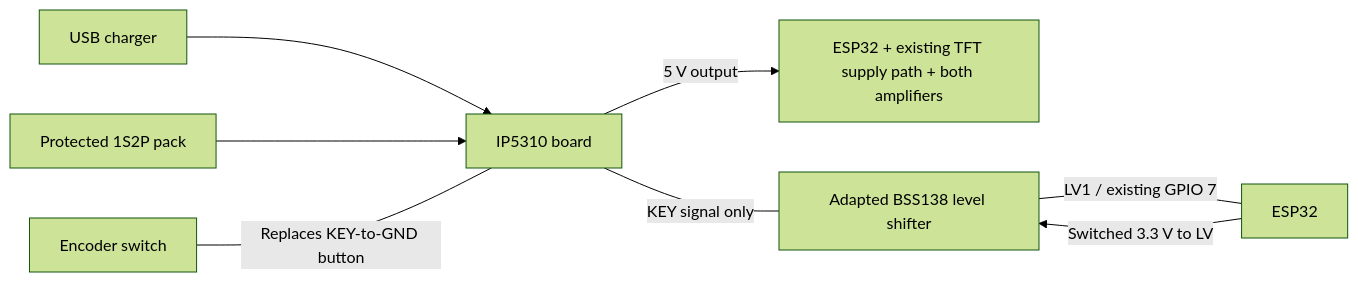
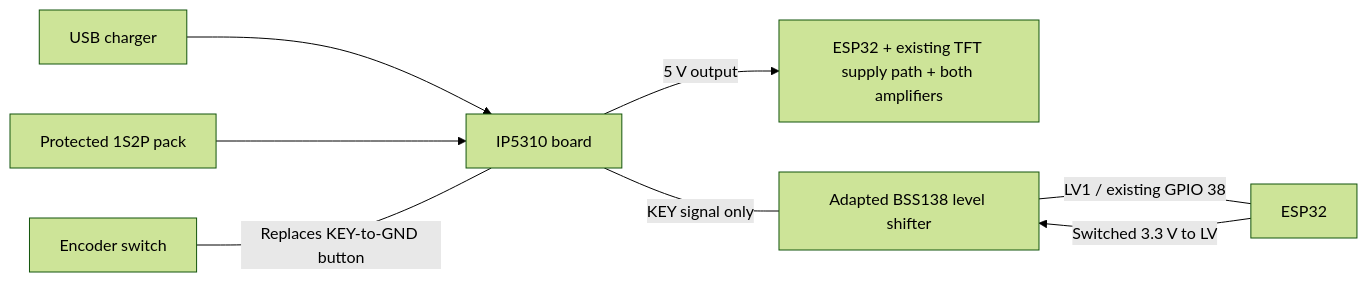
The diagram in docs/hardware/battery-power-architecture-plan.md (theDontKnowGuy/radiohead), drawn with Mermaid (forest theme) before and after one commit. The commit also changed other lines of this file and 11 other files, not shown here.

````diff
--- a/docs/hardware/battery-power-architecture-plan.md
+++ b/docs/hardware/battery-power-architecture-plan.md
@@ -46,10 +46,10 @@
 ```mermaid
 flowchart LR
     USB[USB charger] --> PMIC[IP5310 board]
     PACK[Protected 1S2P pack] --> PMIC
     PMIC -->|5 V output| RADIO[ESP32 + existing TFT supply path + both amplifiers]
     SW[Encoder switch] ---|Replaces KEY-to-GND button| PMIC
     PMIC ---|KEY signal only| SHIFT[Adapted BSS138 level shifter]
-    SHIFT ---|LV1 / existing GPIO 7| ESP[ESP32]
+    SHIFT ---|LV1 / existing GPIO 38| ESP[ESP32]
     ESP -->|Switched 3.3 V to LV| SHIFT
 ```
````
